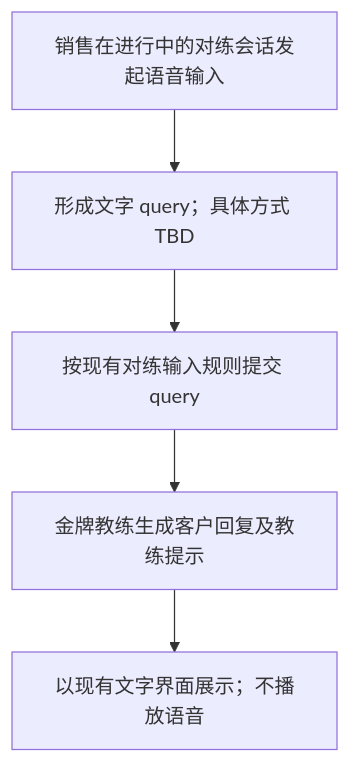
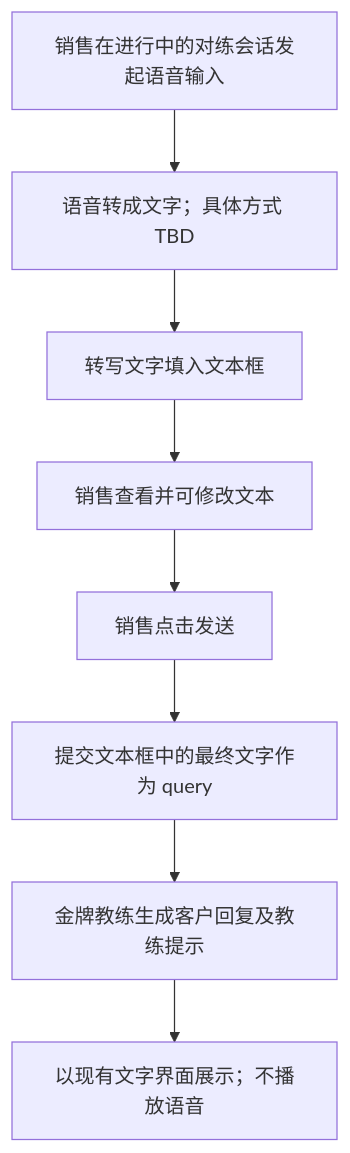
One commit to lj19960311-tech/CRM3.0 changed the diagram in 02-需求文档/金牌教练_语音输入需求.md. Above: the diagram before and after it, drawn with Mermaid. The commit also changed other lines of this file and 1 other file, not shown here.

````diff
--- a/02-需求文档/金牌教练_语音输入需求.md
+++ b/02-需求文档/金牌教练_语音输入需求.md
@@ -20,7 +20,10 @@
 ```mermaid
 flowchart TD
-    A[销售在进行中的对练会话发起语音输入] --> B[形成文字 query；具体方式 TBD]
-    B --> C[按现有对练输入规则提交 query]
-    C --> D[金牌教练生成客户回复及教练提示]
-    D --> E[以现有文字界面展示；不播放语音]
+    A[销售在进行中的对练会话发起语音输入] --> B[语音转成文字；具体方式 TBD]
+    B --> C[转写文字填入文本框]
+    C --> D[销售查看并可修改文本]
+    D --> E[销售点击发送]
+    E --> F[提交文本框中的最终文字作为 query]
+    F --> G[金牌教练生成客户回复及教练提示]
+    G --> H[以现有文字界面展示；不播放语音]
 ```
````
